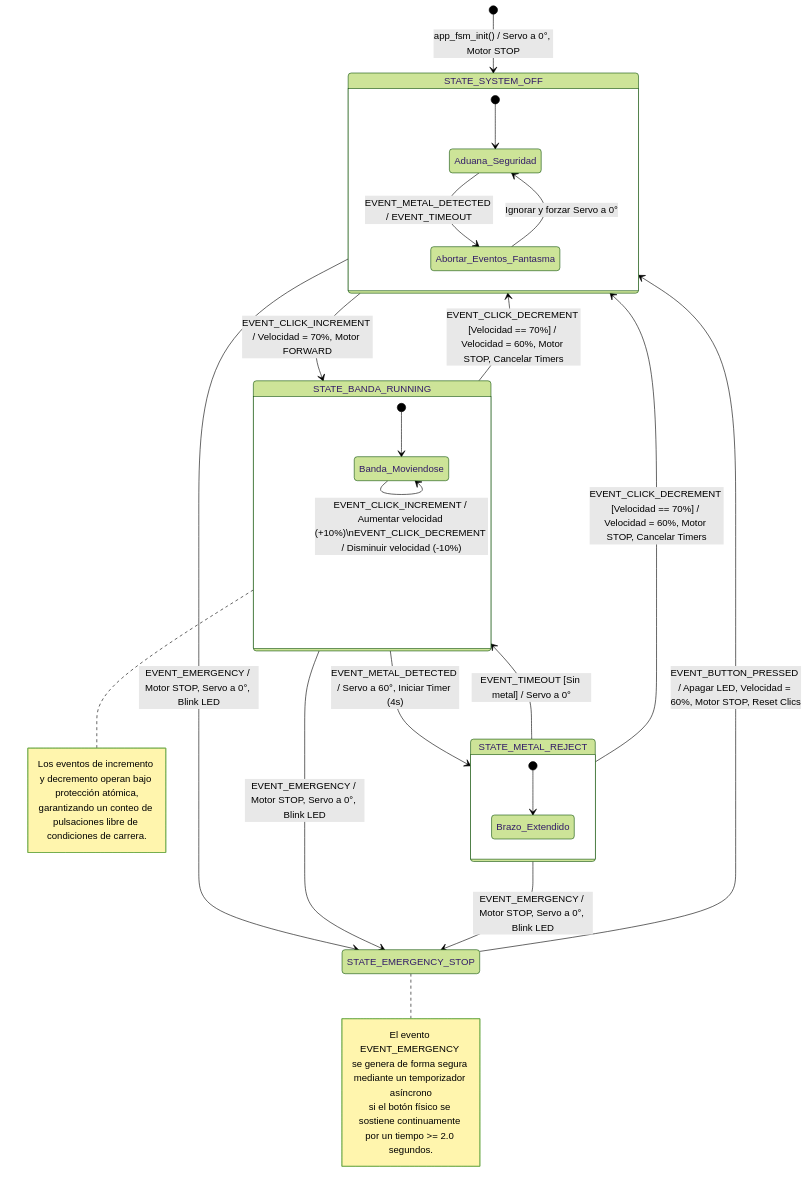
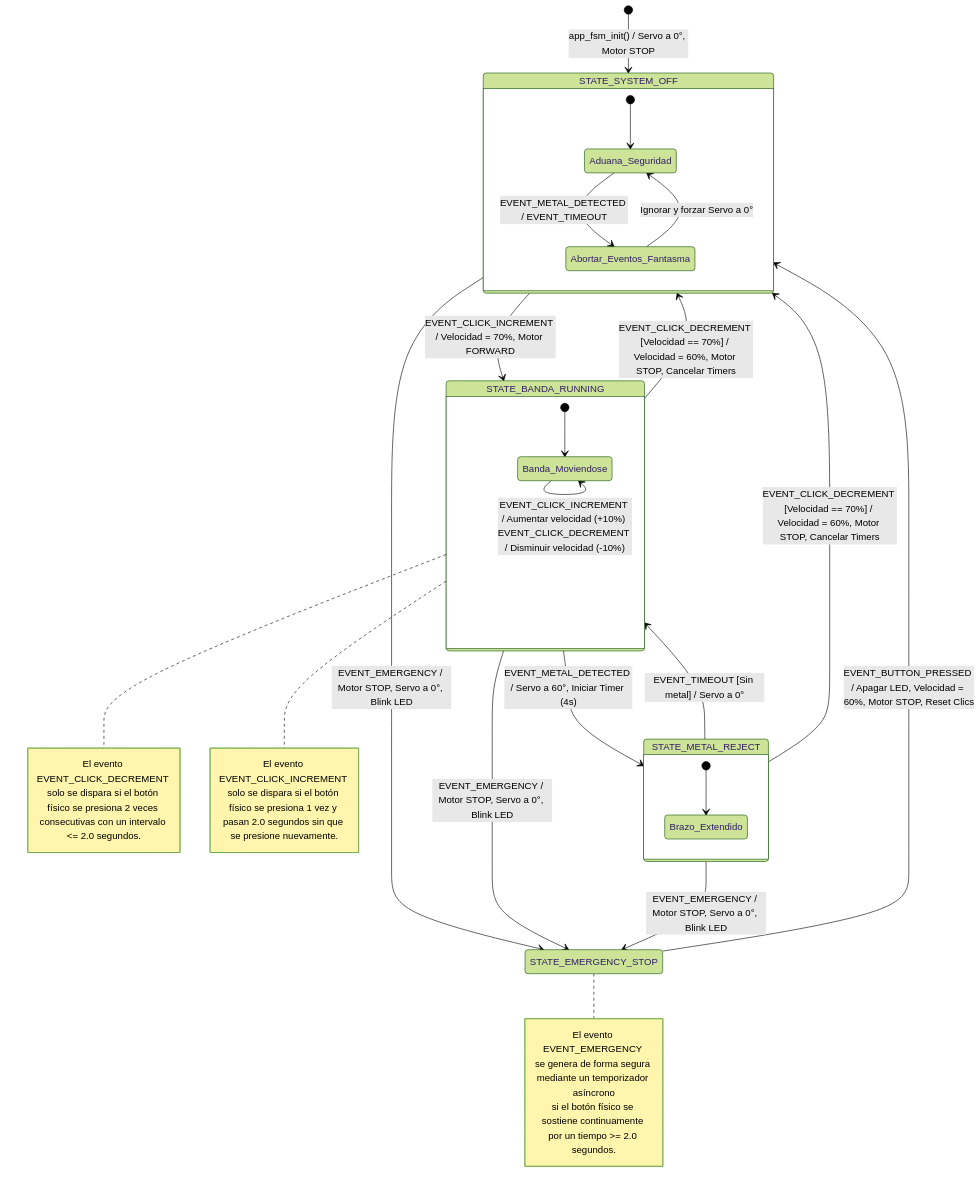
Before and after one commit to JFelipe33/Proyecto2: the diagram in proyecto1/maquina_estados_mermaid.md, drawn with Mermaid. The commit also changed 3 other files, not shown here.

````diff
--- a/proyecto1/maquina_estados_mermaid.md
+++ b/proyecto1/maquina_estados_mermaid.md
@@ -1,47 +1,51 @@
 ```mermaid
 %%{init: { 'theme': 'forest', 'themeVariables': { 'lineColor': '#000000', 'arrowheadColor': '#000000', 'transitionColor': '#000000', 'transitionLabelColor': '#000000' } } }%%
 stateDiagram-v2
     [*] --> STATE_SYSTEM_OFF : app_fsm_init() / Servo a 0°, Motor STOP
 
     state STATE_SYSTEM_OFF {
         [*] --> Aduana_Seguridad
         Aduana_Seguridad --> Abortar_Eventos_Fantasma : EVENT_METAL_DETECTED / EVENT_TIMEOUT
         Abortar_Eventos_Fantasma --> Aduana_Seguridad : Ignorar y forzar Servo a 0°
     }
 
     STATE_SYSTEM_OFF --> STATE_BANDA_RUNNING : EVENT_CLICK_INCREMENT / Velocidad = 70%, Motor FORWARD
     
     state STATE_BANDA_RUNNING {
         [*] --> Banda_Moviendose
-        Banda_Moviendose --> Banda_Moviendose : EVENT_CLICK_INCREMENT / Aumentar velocidad (+10%)\nEVENT_CLICK_DECREMENT / Disminuir velocidad (-10%)
+        Banda_Moviendose --> Banda_Moviendose : EVENT_CLICK_INCREMENT / Aumentar velocidad (+10%) EVENT_CLICK_DECREMENT / Disminuir velocidad (-10%)
     }
 
     STATE_BANDA_RUNNING --> STATE_METAL_REJECT : EVENT_METAL_DETECTED / Servo a 60°, Iniciar Timer (4s)
     STATE_BANDA_RUNNING --> STATE_SYSTEM_OFF : EVENT_CLICK_DECREMENT [Velocidad == 70%] / Velocidad = 60%, Motor STOP, Cancelar Timers
 
     state STATE_METAL_REJECT {
         [*] --> Brazo_Extendido
     }
 
     STATE_METAL_REJECT --> STATE_BANDA_RUNNING : EVENT_TIMEOUT [Sin metal] / Servo a 0°
     STATE_METAL_REJECT --> STATE_SYSTEM_OFF : EVENT_CLICK_DECREMENT [Velocidad == 70%] / Velocidad = 60%, Motor STOP, Cancelar Timers
 
     %% Transiciones de Emergencia Globales
     STATE_SYSTEM_OFF --> STATE_EMERGENCY_STOP : EVENT_EMERGENCY / Motor STOP, Servo a 0°, Blink LED
     STATE_BANDA_RUNNING --> STATE_EMERGENCY_STOP : EVENT_EMERGENCY / Motor STOP, Servo a 0°, Blink LED
     STATE_METAL_REJECT --> STATE_EMERGENCY_STOP : EVENT_EMERGENCY / Motor STOP, Servo a 0°, Blink LED
 
     %% Desbloqueo seguro coordinado con la implementación en C
     STATE_EMERGENCY_STOP --> STATE_SYSTEM_OFF : EVENT_BUTTON_PRESSED / Apagar LED, Velocidad = 60%, Motor STOP, Reset Clics
 
     %% NOTAS PARA EL DIAGRAMA
     note right of STATE_EMERGENCY_STOP
         El evento EVENT_EMERGENCY 
         se genera de forma segura mediante un temporizador asíncrono
         si el botón físico se sostiene continuamente por un tiempo >= 2.0 segundos.
     end note
     note right of STATE_BANDA_RUNNING
-        Los eventos de incremento y decremento operan bajo protección atómica,
-        garantizando un conteo de pulsaciones libre de condiciones de carrera.
+        El evento EVENT_CLICK_DECREMENT 
+        solo se dispara si el botón físico se presiona 2 veces consecutivas con un intervalo <= 2.0 segundos.
+    end note
+    note right of STATE_BANDA_RUNNING
+        El evento EVENT_CLICK_INCREMENT 
+        solo se dispara si el botón físico se presiona 1 vez y pasan 2.0 segundos sin que se presione nuevamente. 
     end note
 ```
````
